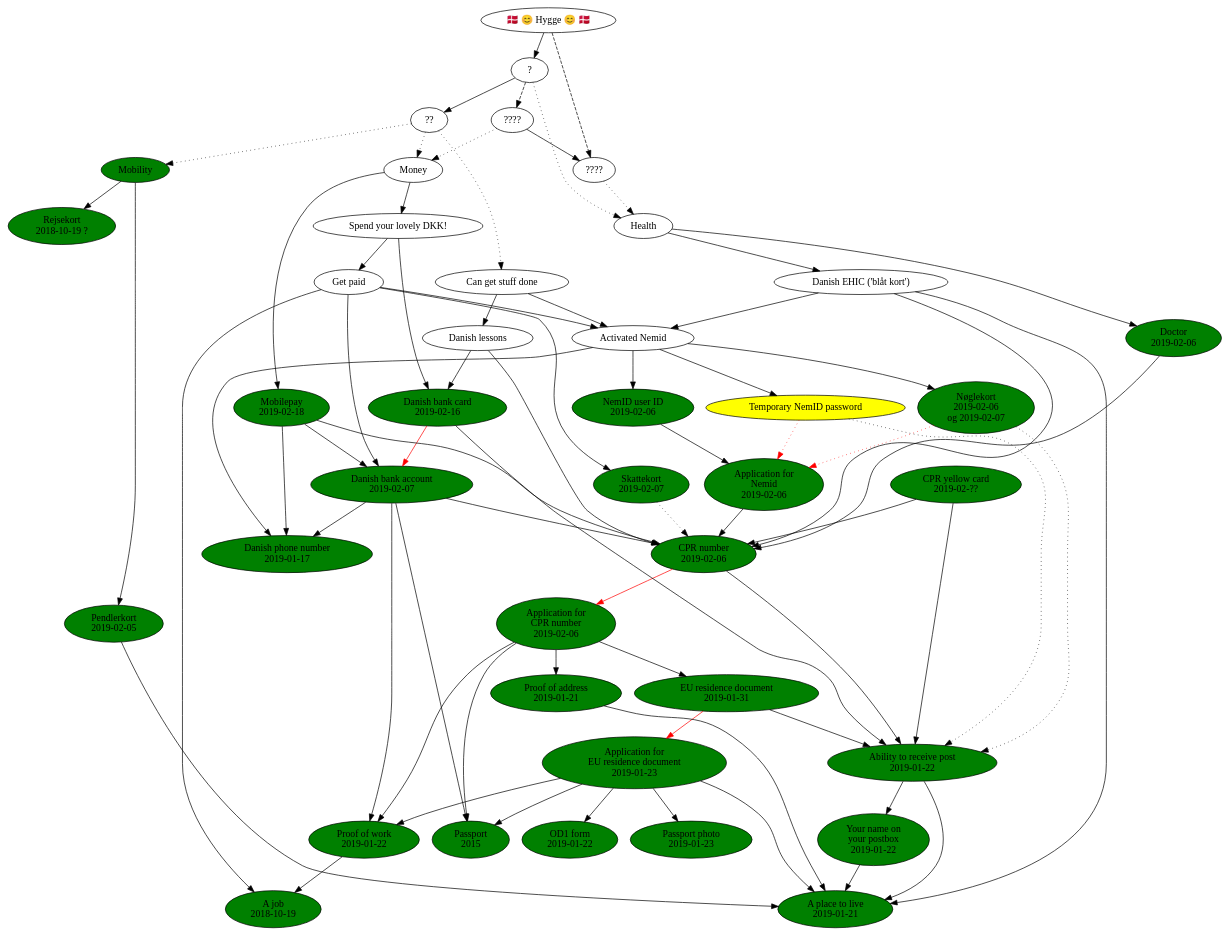
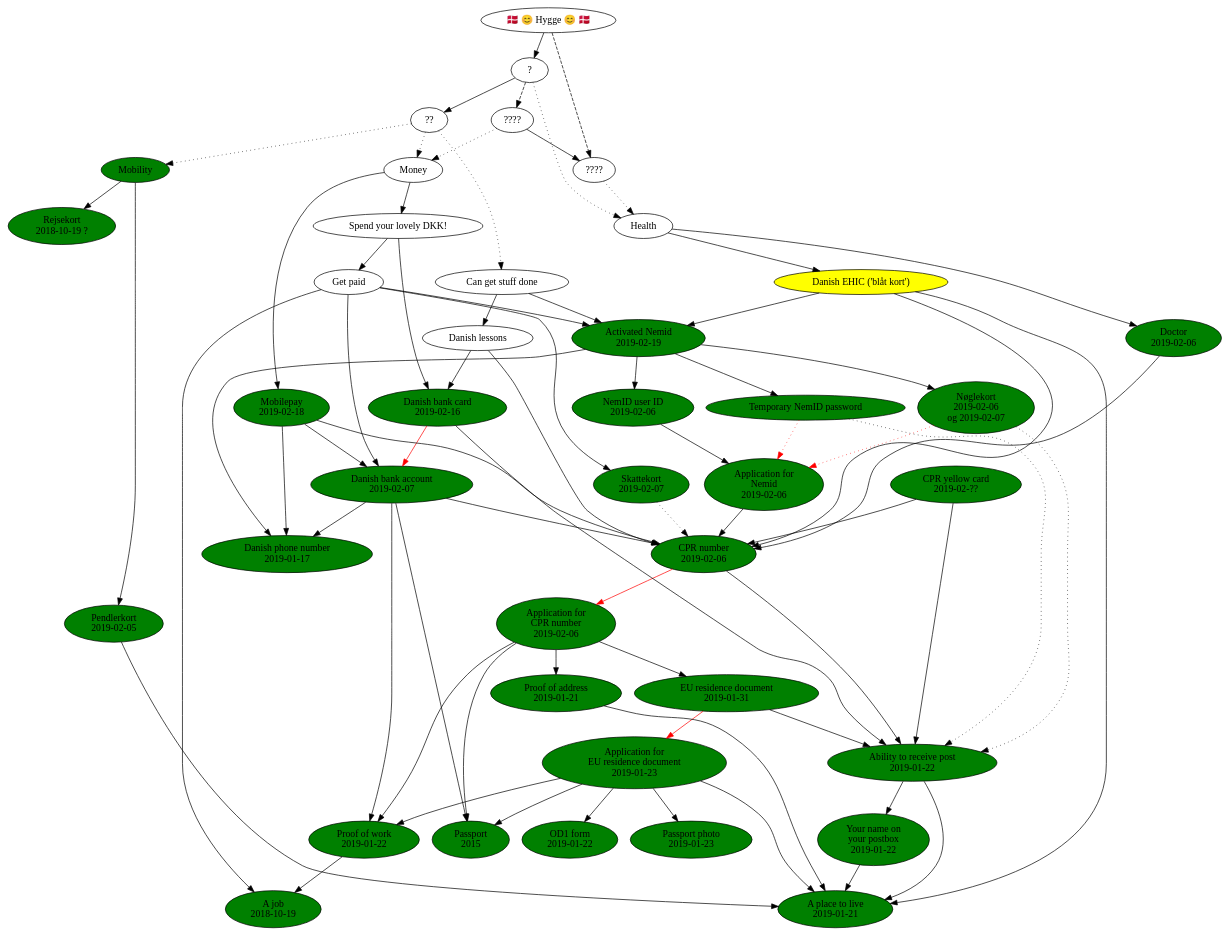
The diagram in flytter-til-danmark.dot (NoahBohme/emigrerer-til-danmark), drawn with Graphviz before and after one commit. The commit also changed 2 other files, not shown here.

Commit message:
NemID! Blåt kort!

```diff
--- a/flytter-til-danmark.dot
+++ b/flytter-til-danmark.dot
@@ -1,142 +1,142 @@
 digraph g {
   job [ label="A job\n2018-10-19" style=filled fillcolor=green ]
   proof_of_work [ label="Proof of work\n2019-01-22" style=filled fillcolor=green ]
   proof_of_work -> job
 
   passport [ label="Passport\n2015" style=filled fillcolor=green ]
 
   danish_phone_number [ label="Danish phone number\n2019-01-17" style=filled fillcolor=green ]
   rejsekort [ label="Rejsekort\n2018-10-19 ?" style=filled fillcolor=green ]
 
   place_to_live [ label="A place to live\n2019-01-21" style=filled fillcolor=green ]
 
   name_on_postbox [ label="Your name on\nyour postbox\n2019-01-22" style=filled fillcolor=green ]
   name_on_postbox -> place_to_live
 
   can_receive_post [ label="Ability to receive post\n2019-01-22" style=filled fillcolor=green ]
   can_receive_post -> place_to_live
   can_receive_post -> name_on_postbox
 
   pendlerkort [ label="Pendlerkort\n2019-02-05" style=filled fillcolor=green ]
   pendlerkort -> place_to_live
 
   eu_residence_document_application [ label="Application for\nEU residence document\n2019-01-23" style=filled fillcolor=green ]
   eu_residence_document_application -> place_to_live
   eu_residence_document_application -> proof_of_work
   eu_residence_document_application -> passport
   eu_residence_document_application -> od1_form
   od1_form [ label="OD1 form\n2019-01-22" style=filled fillcolor=green ]
   passport_photo [ label="Passport photo\n2019-01-23" style=filled fillcolor=green ]
   eu_residence_document_application -> passport_photo
 
   eu_residence_document [ label="EU residence document\n2019-01-31" style=filled fillcolor=green ]
   eu_residence_document -> eu_residence_document_application [ color="red" ]
   eu_residence_document -> can_receive_post
 
   cpr_number_application [ label="Application for\nCPR number\n2019-02-06" style=filled fillcolor=green ]
   cpr_number_application -> eu_residence_document
   cpr_number_application -> proof_of_work
   cpr_number_application -> proof_of_address
   cpr_number_application -> passport
 
   cpr_number [ label="CPR number\n2019-02-06" style=filled fillcolor=green ]
   cpr_number -> cpr_number_application [ color="red" ]
   cpr_number -> can_receive_post
   cpr_card [ label="CPR yellow card\n2019-02-??" style=filled fillcolor=green ]
   cpr_card -> cpr_number
   cpr_card -> can_receive_post
 
   proof_of_address [ label="Proof of address\n2019-01-21" style=filled fillcolor=green ]
   proof_of_address -> place_to_live
 
   skattekort [ label="Skattekort\n2019-02-07" style=filled fillcolor=green ]
   skattekort -> cpr_number [ style="dotted" ]
 
   nemid_application [ label="Application for\nNemid\n2019-02-06" style=filled fillcolor=green ]
   nemid_application -> cpr_number
   nemid_userid [ label="NemID user ID\n2019-02-06" style=filled fillcolor=green ]
   nemid_userid -> nemid_application
 
   danish_bank_account [ label="Danish bank account\n2019-02-07" style=filled fillcolor=green ]
   danish_bank_account -> cpr_number
   danish_bank_account -> proof_of_work
   danish_bank_account -> passport
   danish_bank_account -> danish_phone_number
 
-  activated_nemid [ label="Activated Nemid" ]
+  activated_nemid [ label="Activated Nemid\n2019-02-19" style=filled fillcolor=green ]
   activated_nemid -> nemid_userid
   activated_nemid -> danish_phone_number
   noglekort [ label="Nøglekort\n2019-02-06\nog 2019-02-07" style=filled fillcolor=green ]
-  midlertidlig_nemid_adgangskode [ label="Temporary NemID password" style=filled fillcolor=yellow ]
+  midlertidlig_nemid_adgangskode [ label="Temporary NemID password" style=filled fillcolor=green ]
   activated_nemid -> noglekort
   activated_nemid -> midlertidlig_nemid_adgangskode
   noglekort -> nemid_application [ style="dotted" color="red" ]
   midlertidlig_nemid_adgangskode -> nemid_application [ style="dotted" color="red" ]
   noglekort -> can_receive_post [ style="dotted" ]
   midlertidlig_nemid_adgangskode -> can_receive_post [ style="dotted" ]
 
-  ehic [ label="Danish EHIC ('blåt kort')" ]
+  ehic [ label="Danish EHIC ('blåt kort')" style=filled fillcolor=yellow ]
   ehic -> cpr_number
   ehic -> activated_nemid
   ehic -> place_to_live
 
   doctor [ label="Doctor\n2019-02-06" style=filled fillcolor=green ]
   doctor -> cpr_number
 
   get_paid [ label="Get paid" ]
   get_paid -> job
   get_paid -> skattekort
   get_paid -> danish_bank_account
   get_paid -> activated_nemid
 
   danish_lessions [ label="Danish lessons" ]
   danish_lessions -> cpr_number
   danish_lessions -> danish_bank_card
 
   danish_bank_card [ label="Danish bank card\n2019-02-16" style=filled fillcolor=green ]
   danish_bank_card -> danish_bank_account [ color="red" ]
   danish_bank_card -> can_receive_post
 
   spend_lovely_dkk [ label="Spend your lovely DKK!" ]
   spend_lovely_dkk -> get_paid
   spend_lovely_dkk -> danish_bank_card
 
   mobilepay [ label="Mobilepay\n2019-02-18" style=filled fillcolor=green ]
   mobilepay -> cpr_number
   mobilepay -> danish_phone_number
   mobilepay -> danish_bank_account
 
   // Det endeligt mål
   hygge [ label="🇩🇰 😊 Hygge 😊 🇩🇰" ]
   // Deliberately vague so as not to imply that (a) hygge has a formula, or
   // (b) it depends on any of the named things
   hygge -> magi4 [ style=dashed ]
   hygge -> magi1
   magi1 [ label="?" ]
   magi4 [ label="????" ]
   magi2 [ label="??" ]
   magi3 [ label="????" ]
   magi3 -> magi4
   magi1 -> magi2
   magi1 -> magi3 [ style=dashed ]
 
   magi1 -> helbred [ style=dotted ]
   magi2 -> penge [ style=dotted ]
 
   magi4 -> helbred [ style=dotted ]
   helbred [ label="Health" ]
   helbred -> doctor
   helbred -> ehic
   magi3 -> penge [ style=dotted ]
   penge [ label="Money" ]
   penge -> spend_lovely_dkk
   penge -> mobilepay
   magi2 -> rejser [ style=dotted ]
   rejser [ label="Mobility" style=filled fillcolor=green ]
   rejser -> pendlerkort
   rejser -> rejsekort
   magi2 -> faa_ting_gjort [ style=dotted ]
   faa_ting_gjort [ label="Can get stuff done" ]
   faa_ting_gjort -> activated_nemid
   faa_ting_gjort -> danish_lessions
 }
```
